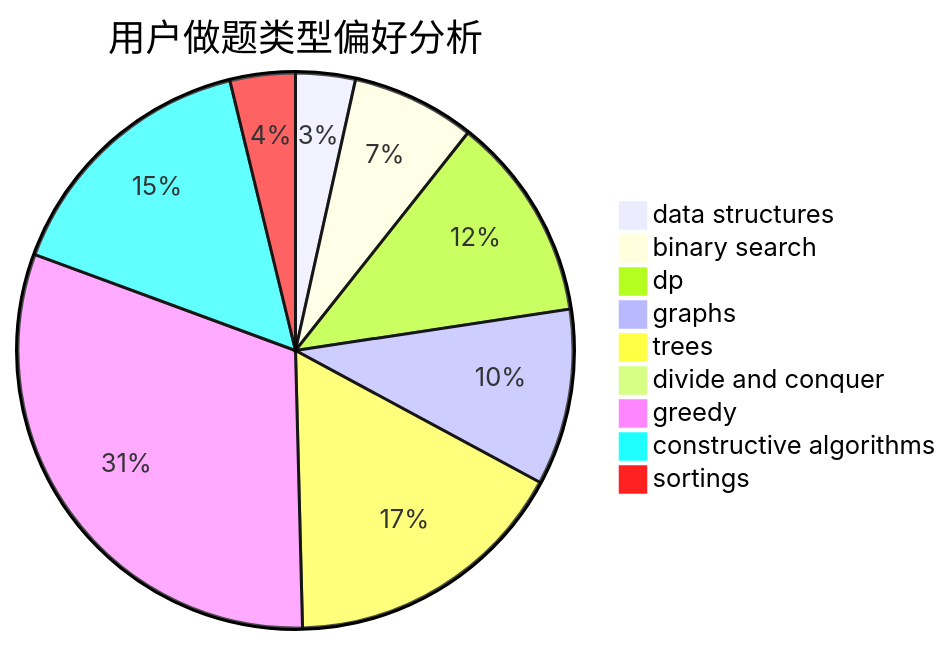
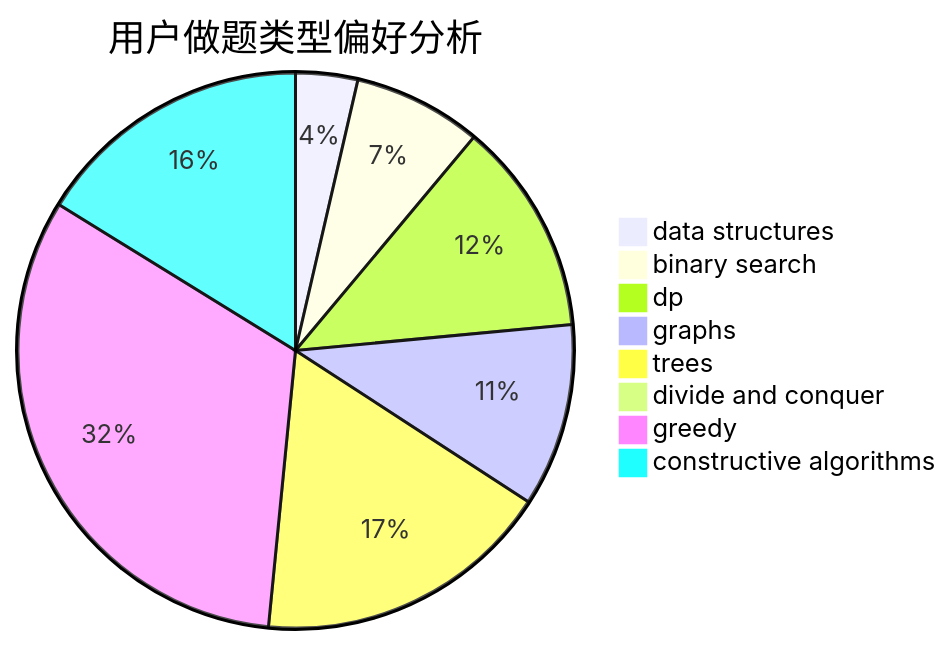
One commit to sherpahu/cfrs.github.io changed the second of 3 diagrams in docs/user/u1163.md. Above: the diagram before and after it, drawn with Mermaid. The commit also changed other lines of this file and 2769 other files, not shown here.

````diff
--- a/docs/user/u1163.md
+++ b/docs/user/u1163.md
@@ -18,12 +18,11 @@
 ```mermaid
 pie title 用户做题类型偏好分析
     "data structures" :  43
     "binary search" :  89
     "dp" :  148
     "graphs" :  127
     "trees" :  207
     "divide and conquer" :  12
     "greedy" :  384
     "constructive algorithms" :  193
-    "sortings" :  47
 ```
````
